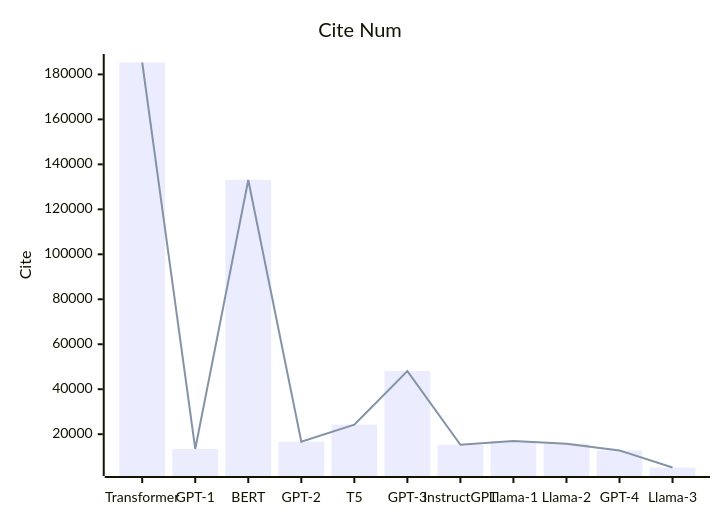
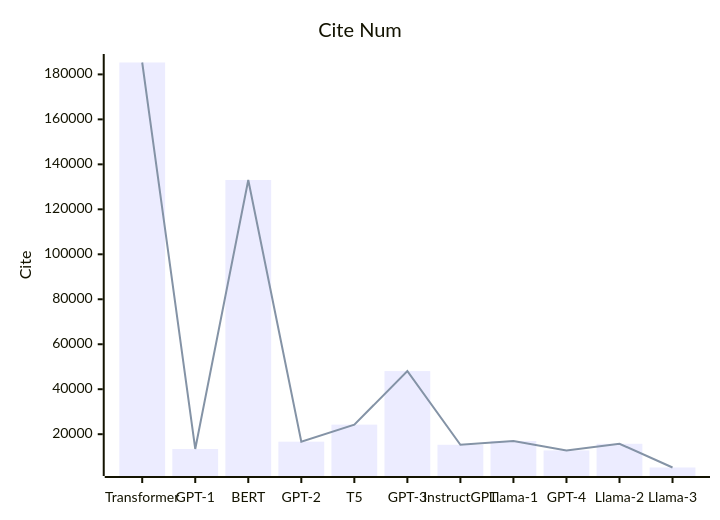
The fourth of 4 diagrams in Base_Model/LLM/analyse.md (Elephant-King9/Paper), drawn with Mermaid before and after one commit. The commit also changed other lines of this file and 6 other files, not shown here.

````diff
--- a/Base_Model/LLM/analyse.md
+++ b/Base_Model/LLM/analyse.md
@@ -110,8 +111,8 @@
 ```mermaid
     xychart-beta
     title "Cite Num"
-    x-axis [Transformer,GPT-1,BERT,GPT-2,T5,GPT-3,InstructGPT,Llama-1,Llama-2,GPT-4,Llama-3]
+    x-axis [Transformer,GPT-1,BERT,GPT-2,T5,GPT-3,InstructGPT,Llama-1,GPT-4,Llama-2,Llama-3]
     y-axis "Cite" 
-    bar [185289,13424,133047,16676,24245,48070,15295,16982,15730,12771,5189]
-    line [185289,13424,133047,16676,24245,48070,15295,16982,15730,12771,5189]
+    bar [185289,13424,133047,16676,24245,48070,15295,16982,12771,15730,5189]
+    line [185289,13424,133047,16676,24245,48070,15295,16982,12771,15730,5189]
 ```
````
